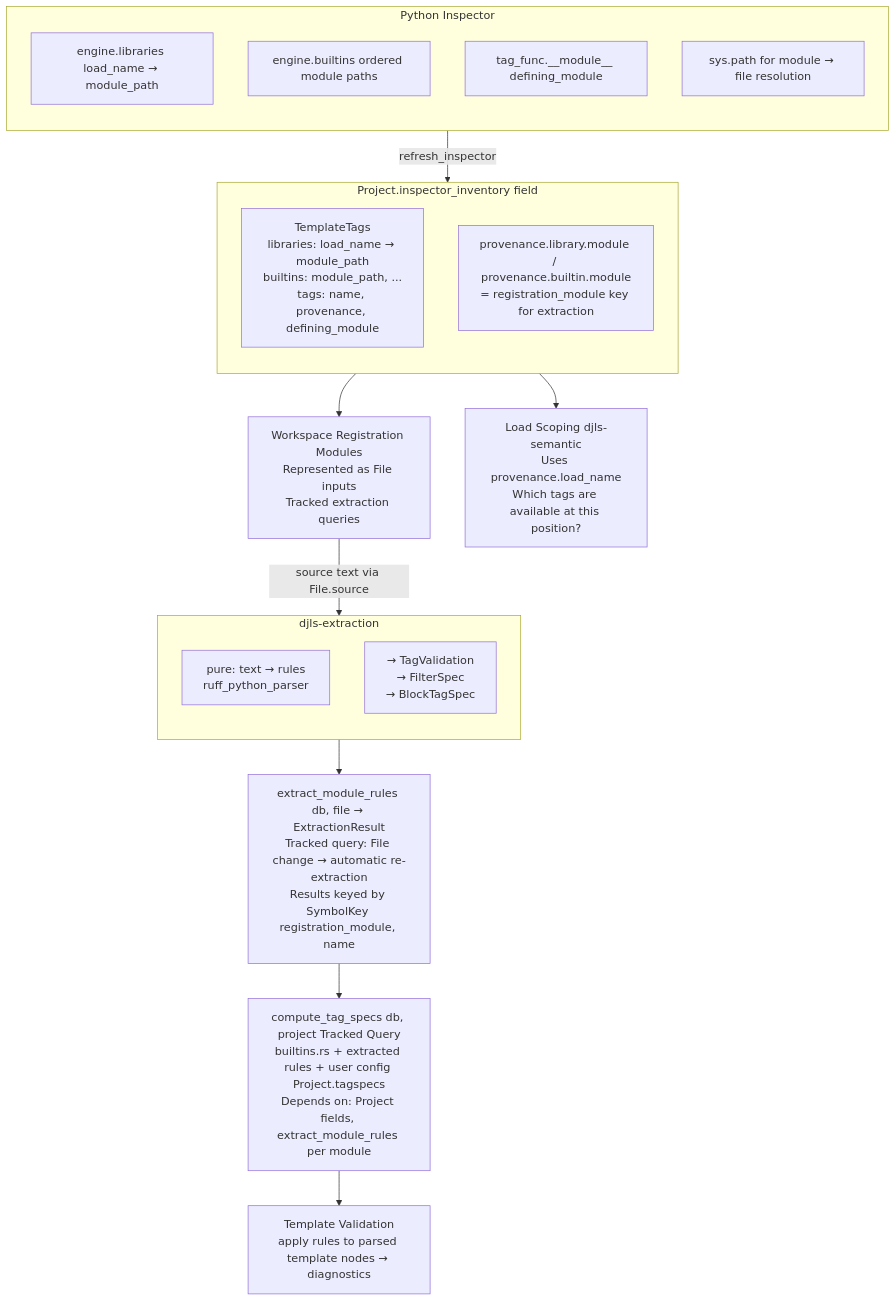
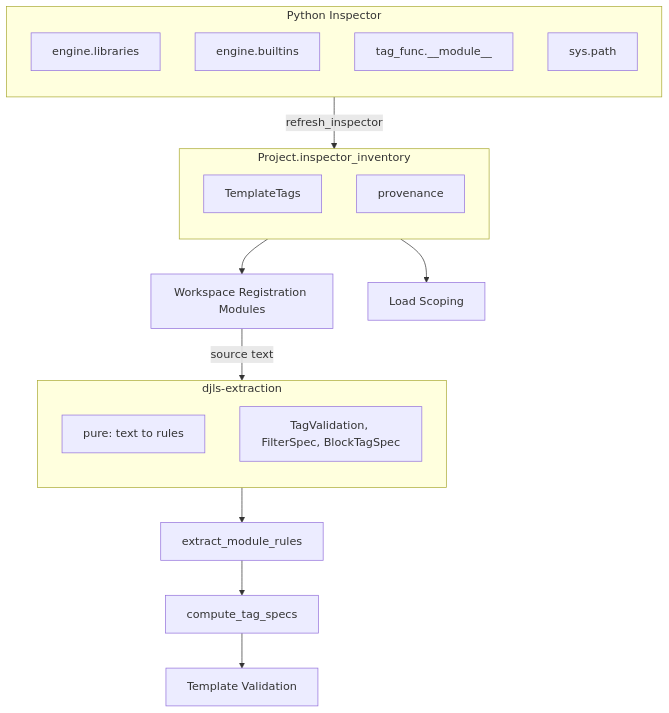
Before and after one commit to joshuadavidthomas/django-language-server: the third of 3 diagrams in .agents/rfcs/2026-02-05-rfc-extraction-placement.md, drawn with Mermaid. The commit also changed other lines of this file and 12 other files, not shown here.

Commit message:
change ASCII diagrams to Mermaid

````diff
--- a/.agents/rfcs/2026-02-05-rfc-extraction-placement.md
+++ b/.agents/rfcs/2026-02-05-rfc-extraction-placement.md
@@ -454,35 +466,35 @@
 ```mermaid
 flowchart TB
     subgraph Inspector["Python Inspector"]
         direction TB
-        Libs["engine.libraries load_name → module_path"]
-        Builtins["engine.builtins ordered module paths"]
-        Module["tag_func.__module__ defining_module"]
-        SysPath["sys.path for module → file resolution"]
+        Libs["engine.libraries"]
+        Builtins["engine.builtins"]
+        Module["tag_func.__module__"]
+        SysPath["sys.path"]
     end
-
+    
     Inspector -->|refresh_inspector| Inventory
-
-    subgraph Inventory["Project.inspector_inventory field"]
+    
+    subgraph Inventory["Project.inspector_inventory"]
         direction TB
-        TT["TemplateTags<br/>libraries: load_name → module_path<br/>builtins: module_path, ...<br/>tags: name, provenance, defining_module"]
-        Prov["provenance.library.module / provenance.builtin.module<br/>= registration_module key for extraction"]
+        TT["TemplateTags"]
+        Prov["provenance"]
     end
-
-    Inventory --> WorkspaceModules["Workspace Registration Modules<br/>Represented as File inputs<br/>Tracked extraction queries"]
-    Inventory --> LoadScoping["Load Scoping djls-semantic<br/>Uses provenance.load_name<br/>Which tags are available at this position?"]
-
-    WorkspaceModules -->|source text via File.source| Extraction
-
+    
+    Inventory --> WorkspaceModules["Workspace Registration Modules"]
+    Inventory --> LoadScoping["Load Scoping"]
+    
+    WorkspaceModules -->|source text| Extraction
+    
     subgraph Extraction["djls-extraction"]
         direction TB
-        Pure["pure: text → rules<br/>ruff_python_parser"]
-        Outputs["→ TagValidation<br/>→ FilterSpec<br/>→ BlockTagSpec"]
+        Pure["pure: text to rules"]
+        Outputs["TagValidation, FilterSpec, BlockTagSpec"]
     end
-
-    Extraction --> ExtractQuery["extract_module_rules db, file → ExtractionResult<br/>Tracked query: File change → automatic re-extraction<br/>Results keyed by SymbolKey registration_module, name"]
-
-    ExtractQuery --> ComputeSpecs["compute_tag_specs db, project Tracked Query<br/>builtins.rs + extracted rules + user config Project.tagspecs<br/>Depends on: Project fields, extract_module_rules per module"]
-
-    ComputeSpecs --> Validation["Template Validation<br/>apply rules to parsed template nodes → diagnostics"]
+    
+    Extraction --> ExtractQuery["extract_module_rules"]
+    
+    ExtractQuery --> ComputeSpecs["compute_tag_specs"]
+    
+    ComputeSpecs --> Validation["Template Validation"]
 ```
````
